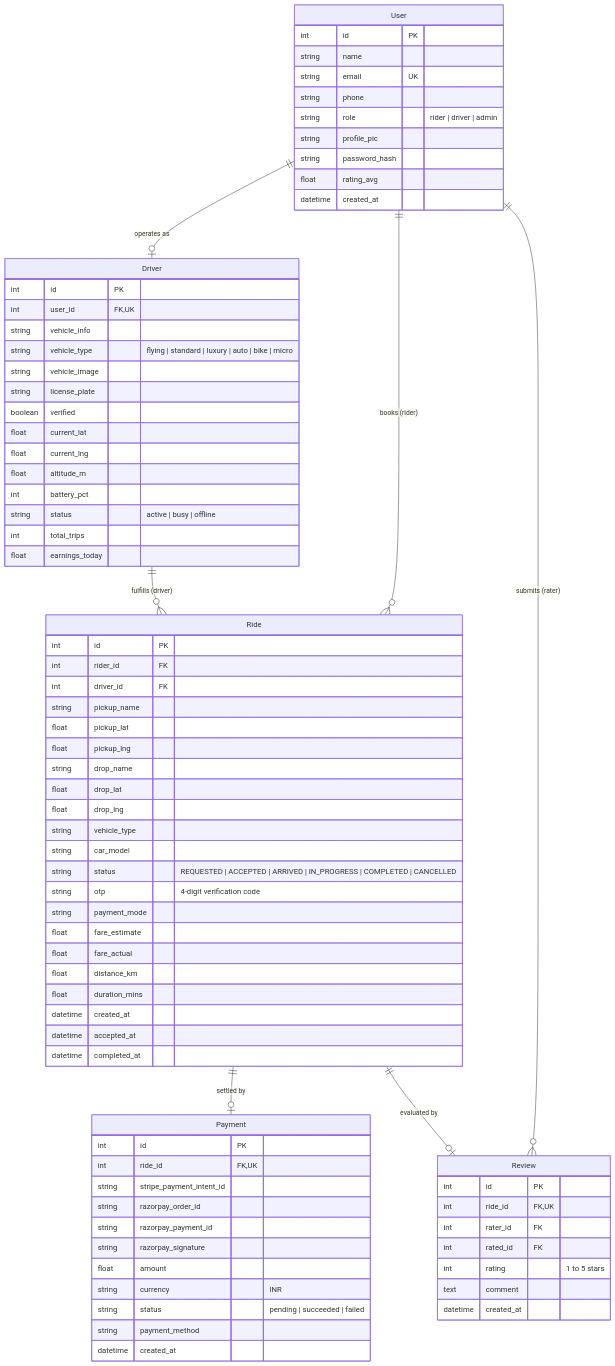
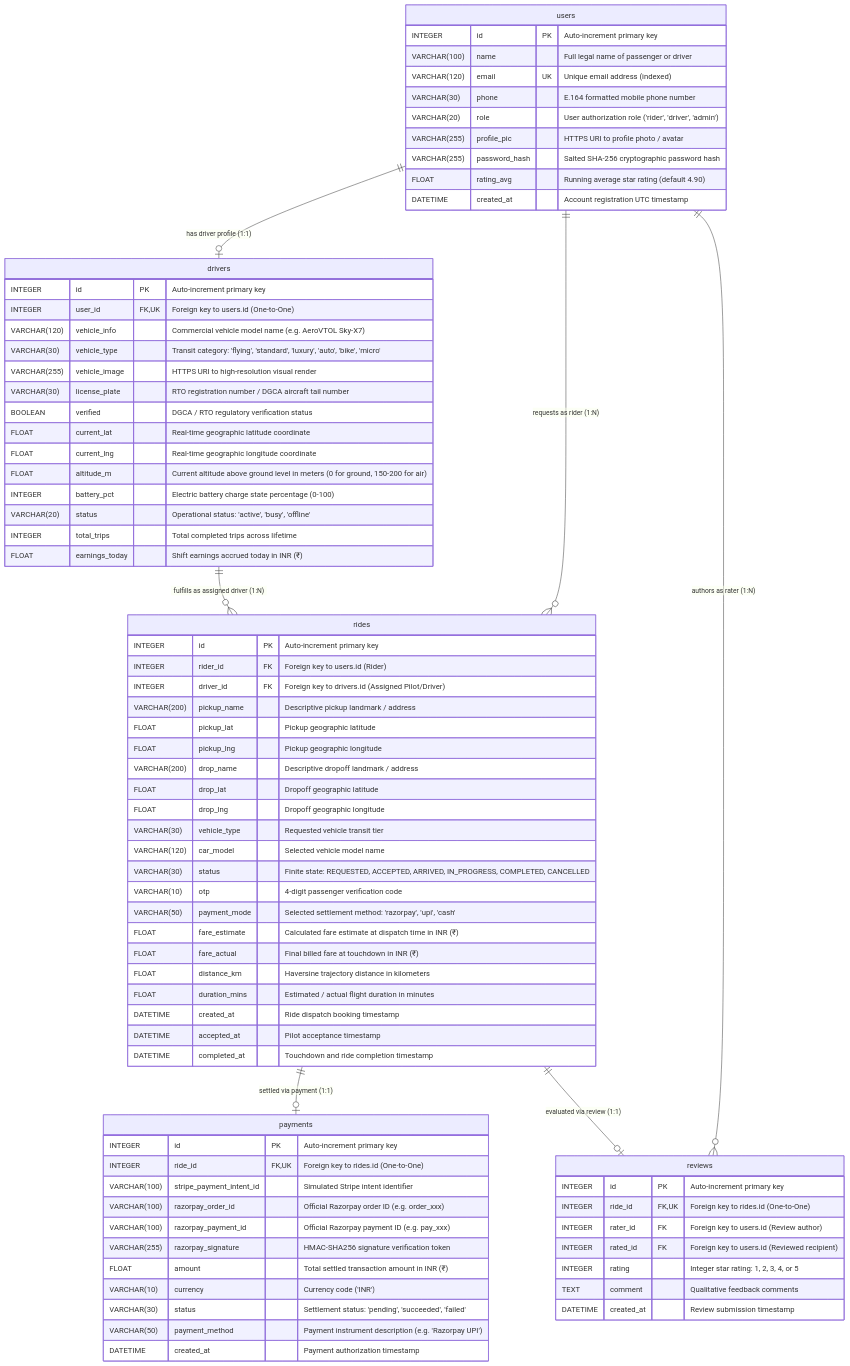
One commit to sayan-kundu000/Flying-Cabs changed the third of 4 diagrams in DOCUMENTATION.md. Above: the diagram before and after it, drawn with Mermaid. The commit also changed other lines of this file, not shown here.

````diff
--- a/DOCUMENTATION.md
+++ b/DOCUMENTATION.md
@@ -200,86 +309,86 @@
 ```mermaid
 erDiagram
-    User ||--o| Driver : "operates as"
-    User ||--o{ Ride : "books (rider)"
-    User ||--o{ Review : "submits (rater)"
-    Driver ||--o{ Ride : "fulfills (driver)"
-    Ride ||--o| Payment : "settled by"
-    Ride ||--o| Review : "evaluated by"
+    users ||--o| drivers : "has driver profile (1:1)"
+    users ||--o{ rides : "requests as rider (1:N)"
+    users ||--o{ reviews : "authors as rater (1:N)"
+    drivers ||--o{ rides : "fulfills as assigned driver (1:N)"
+    rides ||--o| payments : "settled via payment (1:1)"
+    rides ||--o| reviews : "evaluated via review (1:1)"
 
-    User {
-        int id PK
-        string name
-        string email UK
-        string phone
-        string role "rider | driver | admin"
-        string profile_pic
-        string password_hash
-        float rating_avg
-        datetime created_at
+    users {
+        INTEGER id PK "Auto-increment primary key"
+        VARCHAR(100) name "Full legal name of passenger or driver"
+        VARCHAR(120) email UK "Unique email address (indexed)"
+        VARCHAR(30) phone "E.164 formatted mobile phone number"
+        VARCHAR(20) role "User authorization role ('rider', 'driver', 'admin')"
+        VARCHAR(255) profile_pic "HTTPS URI to profile photo / avatar"
+        VARCHAR(255) password_hash "Salted SHA-256 cryptographic password hash"
+        FLOAT rating_avg "Running average star rating (default 4.90)"
+        DATETIME created_at "Account registration UTC timestamp"
     }
 
-    Driver {
-        int id PK
-        int user_id FK, UK
-        string vehicle_info
-        string vehicle_type "flying | standard | luxury | auto | bike | micro"
-        string vehicle_image
-        string license_plate
-        boolean verified
-        float current_lat
-        float current_lng
-        float altitude_m
-        int battery_pct
-        string status "active | busy | offline"
-        int total_trips
-        float earnings_today
+    drivers {
+        INTEGER id PK "Auto-increment primary key"
+        INTEGER user_id FK, UK "Foreign key to users.id (One-to-One)"
+        VARCHAR(120) vehicle_info "Commercial vehicle model name (e.g. AeroVTOL Sky-X7)"
+        VARCHAR(30) vehicle_type "Transit category: 'flying', 'standard', 'luxury', 'auto', 'bike', 'micro'"
+        VARCHAR(255) vehicle_image "HTTPS URI to high-resolution visual render"
+        VARCHAR(30) license_plate "RTO registration number / DGCA aircraft tail number"
+        BOOLEAN verified "DGCA / RTO regulatory verification status"
+        FLOAT current_lat "Real-time geographic latitude coordinate"
+        FLOAT current_lng "Real-time geographic longitude coordinate"
+        FLOAT altitude_m "Current altitude above ground level in meters (0 for ground, 150-200 for air)"
+        INTEGER battery_pct "Electric battery charge state percentage (0-100)"
+        VARCHAR(20) status "Operational status: 'active', 'busy', 'offline'"
+        INTEGER total_trips "Total completed trips across lifetime"
+        FLOAT earnings_today "Shift earnings accrued today in INR (₹)"
     }
 
-    Ride {
-        int id PK
-        int rider_id FK
-        int driver_id FK
-        string pickup_name
-        float pickup_lat
-        float pickup_lng
-        string drop_name
-        float drop_lat
-        float drop_lng
-        string vehicle_type
-        string car_model
-        string status "REQUESTED | ACCEPTED | ARRIVED | IN_PROGRESS | COMPLETED | CANCELLED"
-        string otp "4-digit verification code"
-        string payment_mode
-        float fare_estimate
-        float fare_actual
-        float distance_km
-        float duration_mins
-        datetime created_at
-        datetime accepted_at
-        datetime completed_at
+    rides {
+        INTEGER id PK "Auto-increment primary key"
+        INTEGER rider_id FK "Foreign key to users.id (Rider)"
+        INTEGER driver_id FK "Foreign key to drivers.id (Assigned Pilot/Driver)"
+        VARCHAR(200) pickup_name "Descriptive pickup landmark / address"
+        FLOAT pickup_lat "Pickup geographic latitude"
+        FLOAT pickup_lng "Pickup geographic longitude"
+        VARCHAR(200) drop_name "Descriptive dropoff landmark / address"
+        FLOAT drop_lat "Dropoff geographic latitude"
+        FLOAT drop_lng "Dropoff geographic longitude"
+        VARCHAR(30) vehicle_type "Requested vehicle transit tier"
+        VARCHAR(120) car_model "Selected vehicle model name"
+        VARCHAR(30) status "Finite state: REQUESTED, ACCEPTED, ARRIVED, IN_PROGRESS, COMPLETED, CANCELLED"
+        VARCHAR(10) otp "4-digit passenger verification code"
+        VARCHAR(50) payment_mode "Selected settlement method: 'razorpay', 'upi', 'cash'"
+        FLOAT fare_estimate "Calculated fare estimate at dispatch time in INR (₹)"
+        FLOAT fare_actual "Final billed fare at touchdown in INR (₹)"
+        FLOAT distance_km "Haversine trajectory distance in kilometers"
+        FLOAT duration_mins "Estimated / actual flight duration in minutes"
+        DATETIME created_at "Ride dispatch booking timestamp"
+        DATETIME accepted_at "Pilot acceptance timestamp"
+        DATETIME completed_at "Touchdown and ride completion timestamp"
     }
 
-    Payment {
-        int id PK
-        int ride_id FK, UK
-        string stripe_payment_intent_id
-        string razorpay_order_id
-        string razorpay_payment_id
-        string razorpay_signature
-        float amount
-        string currency "INR"
-        string status "pending | succeeded | failed"
-        string payment_method
-        datetime created_at
+    payments {
+        INTEGER id PK "Auto-increment primary key"
+        INTEGER ride_id FK, UK "Foreign key to rides.id (One-to-One)"
+        VARCHAR(100) stripe_payment_intent_id "Simulated Stripe intent identifier"
+        VARCHAR(100) razorpay_order_id "Official Razorpay order ID (e.g. order_xxx)"
+        VARCHAR(100) razorpay_payment_id "Official Razorpay payment ID (e.g. pay_xxx)"
+        VARCHAR(255) razorpay_signature "HMAC-SHA256 signature verification token"
+        FLOAT amount "Total settled transaction amount in INR (₹)"
+        VARCHAR(10) currency "Currency code ('INR')"
+        VARCHAR(30) status "Settlement status: 'pending', 'succeeded', 'failed'"
+        VARCHAR(50) payment_method "Payment instrument description (e.g. 'Razorpay UPI')"
+        DATETIME created_at "Payment authorization timestamp"
     }
 
-    Review {
-        int id PK
-        int ride_id FK, UK
-        int rater_id FK
-        int rated_id FK
-        int rating "1 to 5 stars"
-        text comment
-        datetime created_at
+    reviews {
+        INTEGER id PK "Auto-increment primary key"
+        INTEGER ride_id FK, UK "Foreign key to rides.id (One-to-One)"
+        INTEGER rater_id FK "Foreign key to users.id (Review author)"
+        INTEGER rated_id FK "Foreign key to users.id (Reviewed recipient)"
+        INTEGER rating "Integer star rating: 1, 2, 3, 4, or 5"
+        TEXT comment "Qualitative feedback comments"
+        DATETIME created_at "Review submission timestamp"
     }
 ```
````
